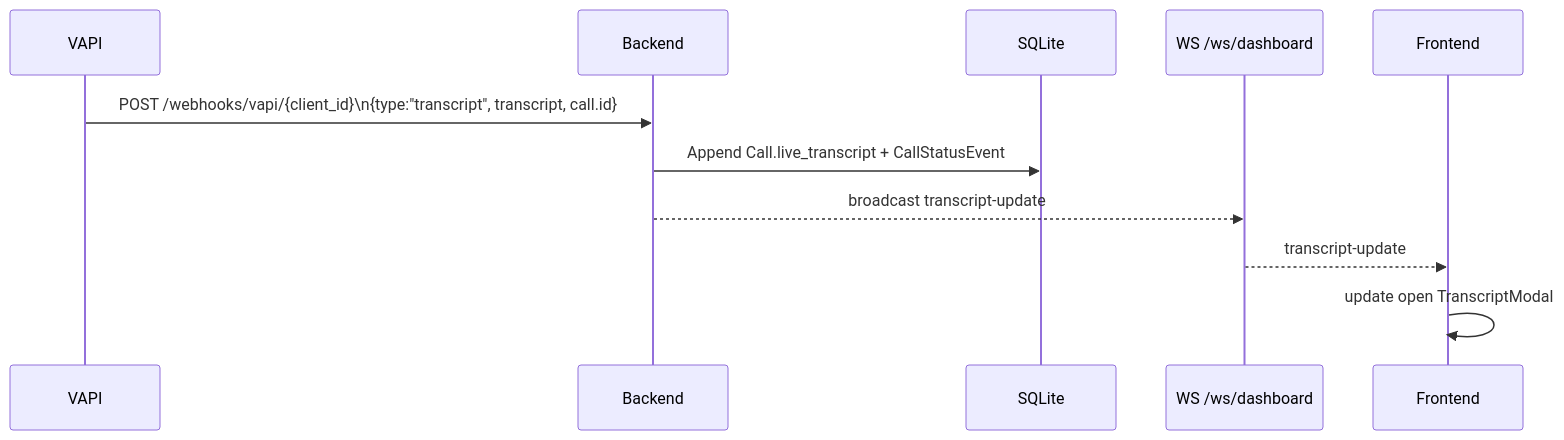
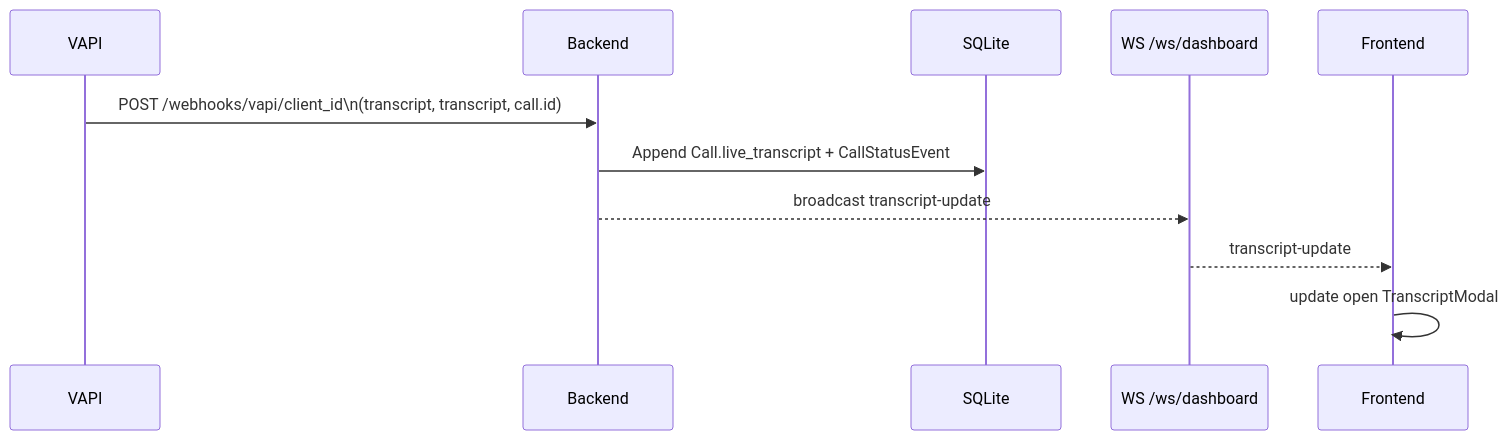
One commit to ronaks2309/fe-inbound-panel changed the third of 5 diagrams in architecture-diagrams.md. Above: the diagram before and after it, drawn with Mermaid. The commit also changed other lines of this file and 1 other file, not shown here.

Commit message:
mermaid fixes

````diff
--- a/architecture-diagrams.md
+++ b/architecture-diagrams.md
@@ -54,14 +54,14 @@
 ```mermaid
 sequenceDiagram
   participant V as VAPI
   participant B as Backend
   participant DB as SQLite
   participant W as WS /ws/dashboard
   participant F as Frontend
 
-  V->>B: POST /webhooks/vapi/{client_id}\n{type:"transcript", transcript, call.id}
+  V->>B: POST /webhooks/vapi/client_id\n(transcript, transcript, call.id)
   B->>DB: Append Call.live_transcript + CallStatusEvent
   B-->>W: broadcast transcript-update
   W-->>F: transcript-update
   F->>F: update open TranscriptModal
 ```
````
